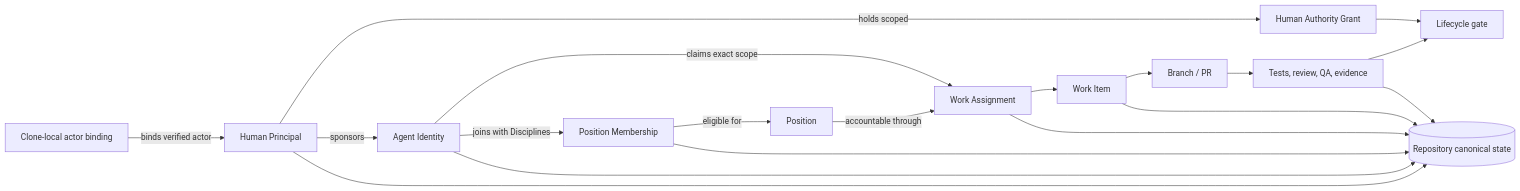
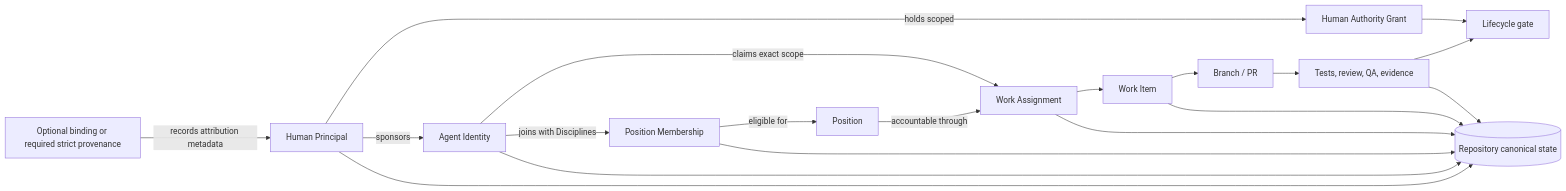
One commit to zsz1210/temple-ai-dev-org changed the first of 2 diagrams in docs/operations/collaboration.md. Above: the diagram before and after it, drawn with Mermaid. The commit also changed other lines of this file and 72 other files, not shown here.

````diff
--- a/docs/operations/collaboration.md
+++ b/docs/operations/collaboration.md
@@ -7,23 +7,23 @@
 ```mermaid
 flowchart LR
-    LOCAL[Clone-local actor binding] -->|binds verified actor| HP[Human Principal]
+    LOCAL[Optional binding or required strict provenance] -->|records attribution metadata| HP[Human Principal]
     HP -->|sponsors| AI[Agent Identity]
     AI -->|joins with Disciplines| PM[Position Membership]
     PM -->|eligible for| POS[Position]
     POS -->|accountable through| WA[Work Assignment]
     AI -->|claims exact scope| WA
     WA --> WI[Work Item]
     WI --> PR[Branch / PR]
     PR --> EV[Tests, review, QA, evidence]
     EV --> GATE[Lifecycle gate]
     HP -->|holds scoped| AUTH[Human Authority Grant]
     AUTH --> GATE
 
     FILES[(Repository canonical state)]
     HP --> FILES
     AI --> FILES
     PM --> FILES
     WA --> FILES
     WI --> FILES
     EV --> FILES
 ```
````
